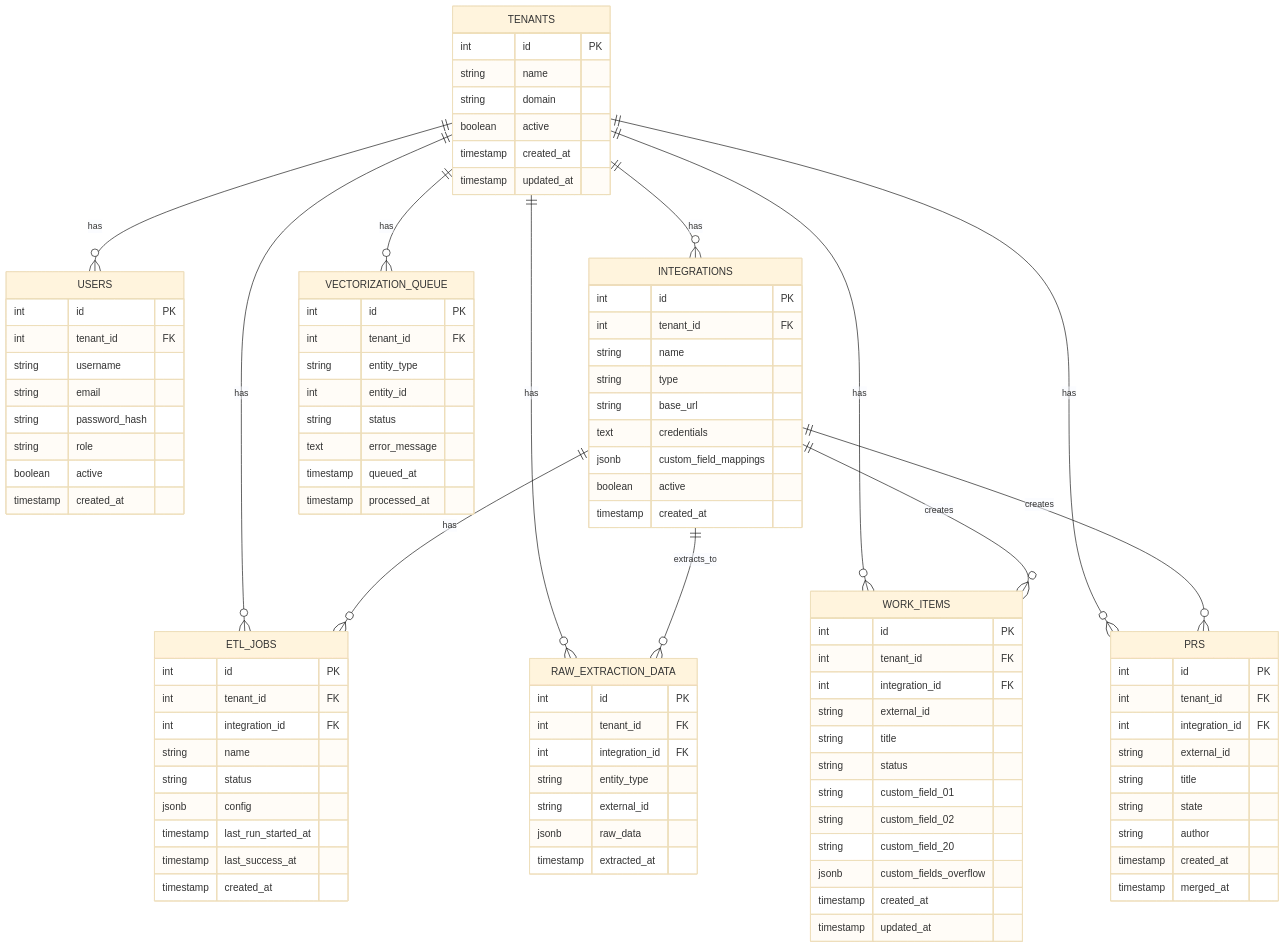
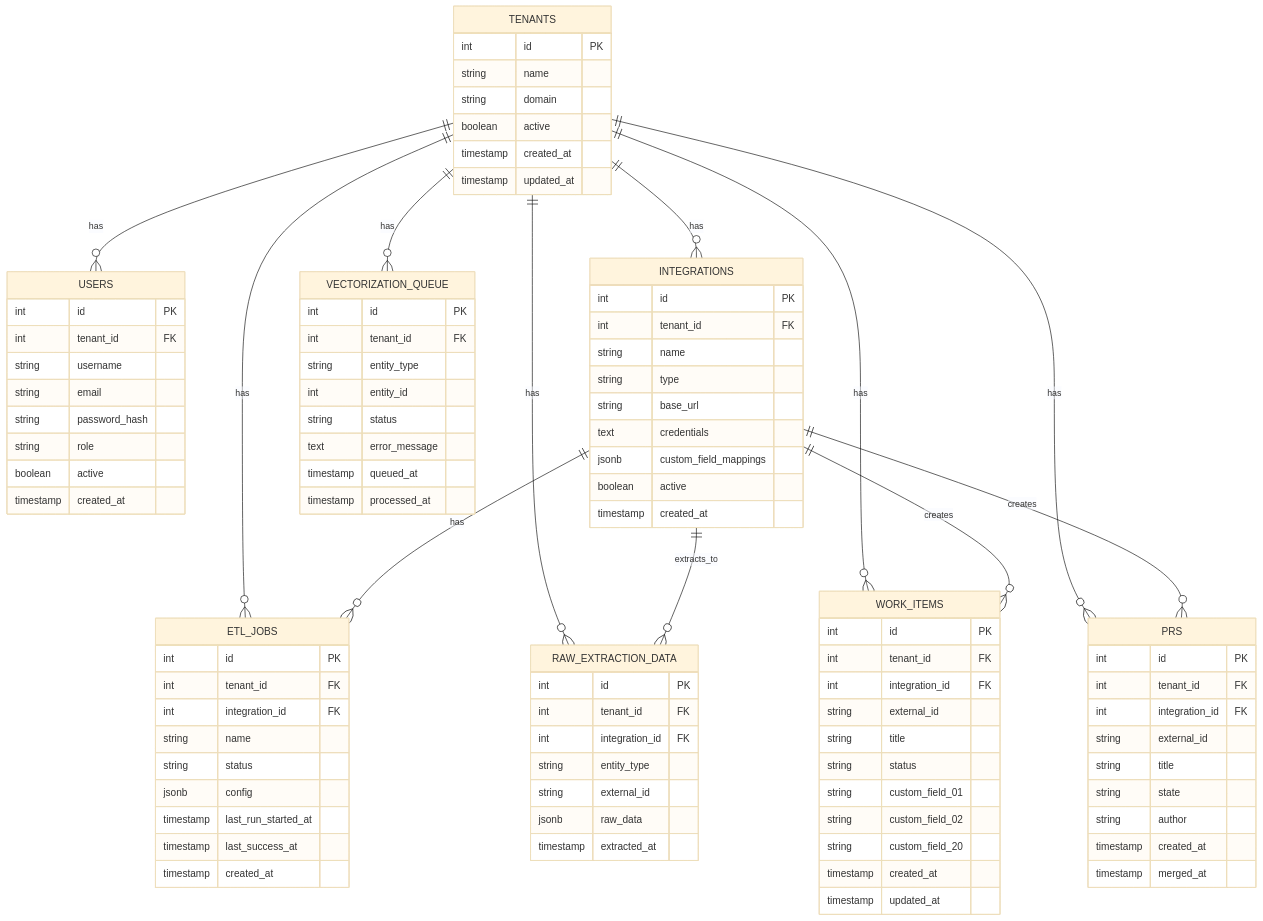
Before and after one commit to gustavoquinelato-wexinc/health-pulse: the sixth of 7 diagrams in docs/ARCHITECTURE_DIAGRAMS.md, drawn with Mermaid (base theme). The commit also changed other lines of this file and 12 other files, not shown here.

First line of the commit message:
fix: Remove custom_fields_overflow column and fix ETL transform worker issues

```diff
--- a/docs/ARCHITECTURE_DIAGRAMS.md
+++ b/docs/ARCHITECTURE_DIAGRAMS.md
@@ -451,7 +450,6 @@
         string custom_field_01
         string custom_field_02
         string custom_field_20
-        jsonb custom_fields_overflow
         timestamp created_at
         timestamp updated_at
     }
```
